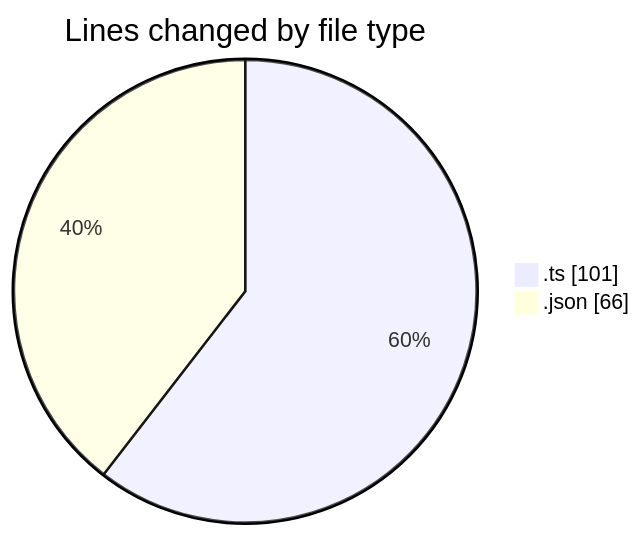
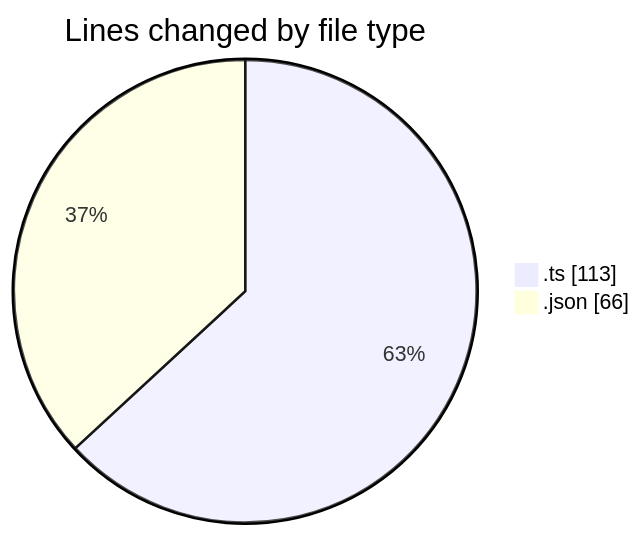
The first of 2 diagrams in 2026-02-05/singularitybrainai/README.md (tmsrecording-cyber/code-tracking), drawn with Mermaid before and after one commit. The commit also changed other lines of this file and 1 other file, not shown here.

````diff
--- a/2026-02-05/singularitybrainai/README.md
+++ b/2026-02-05/singularitybrainai/README.md
@@ -21,6 +22,6 @@
 ```mermaid
 pie showData
 title Lines changed by file type
-".ts" : 101
+".ts" : 113
 ".json" : 66
 ```
````
